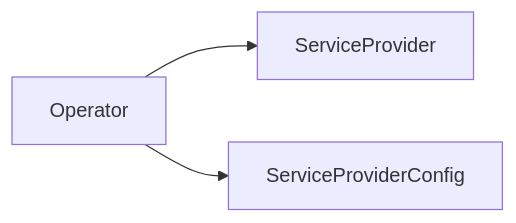
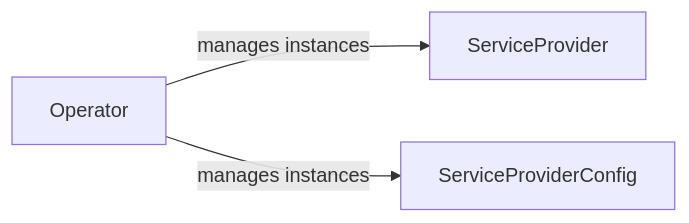
One commit to openmcp-project/docs changed the second of 7 diagrams in docs/about/design/service-provider-design.md. Above: the diagram before and after it, drawn with Mermaid. The commit also changed other lines of this file, not shown here.

````diff
--- a/docs/about/design/service-provider-design.md
+++ b/docs/about/design/service-provider-design.md
@@ -42,9 +44,9 @@
 ```mermaid
 graph LR
     %% Operator
     OP[Operator]
     SP[ServiceProvider]
     SPC[ServiceProviderConfig]
-    OP --> SP
-    OP --> SPC
+    OP -->|manages instances|SP
+    OP -->|manages instances|SPC
 ```
````
